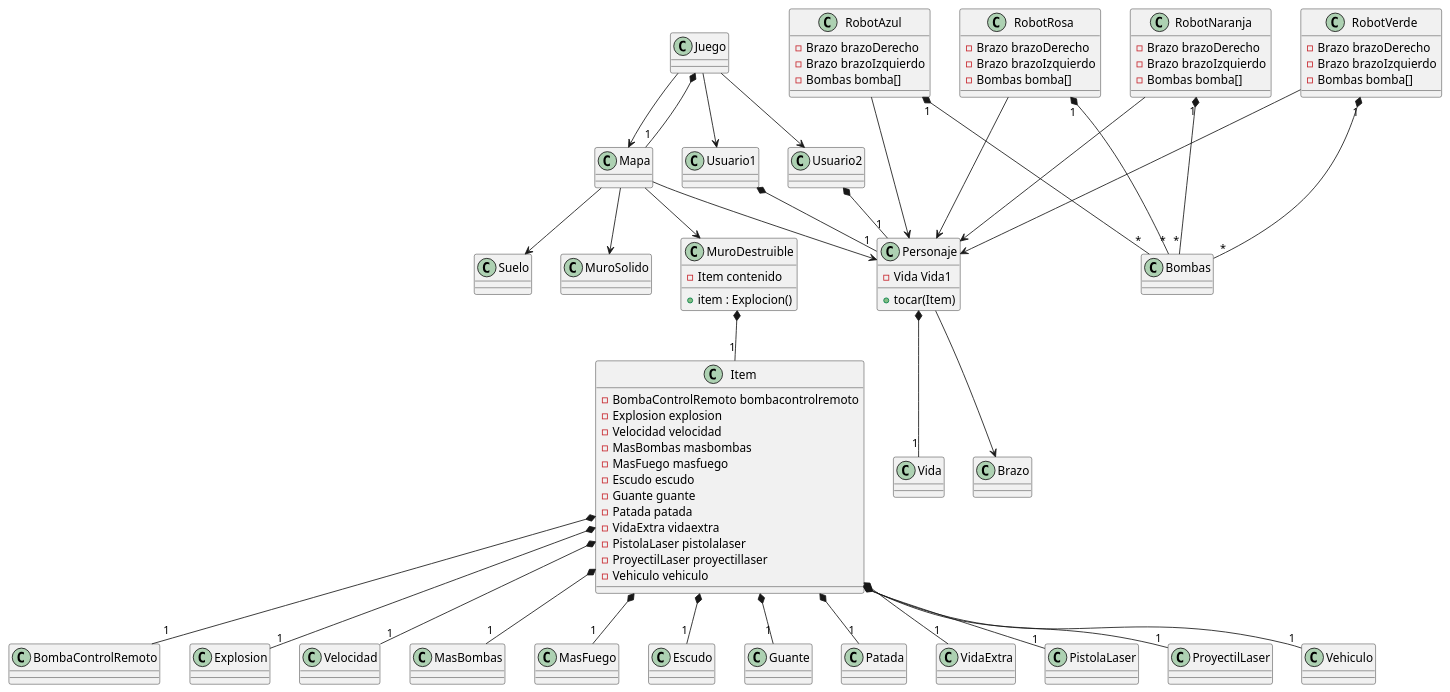
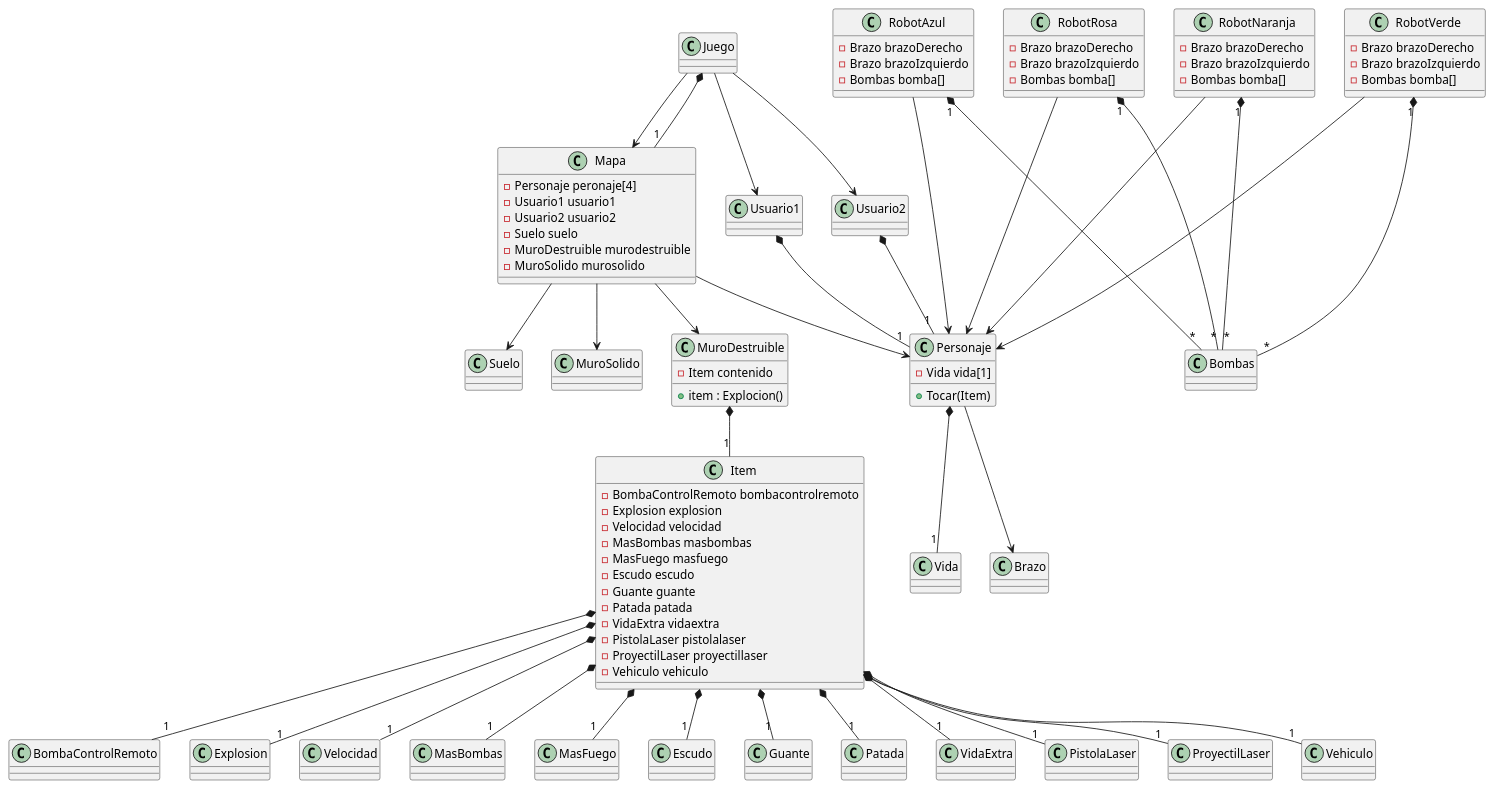
The diagram in Diagrma.puml (fernandoyaelsg/3E261), drawn with PlantUML before and after one commit.

Commit message:
Practica5.1

```diff
--- a/Diagrma.puml
+++ b/Diagrma.puml
@@ -1,124 +1,131 @@
 @startuml
 class Juego
 Class Brazo
 Class Usuario1
 class Usuario2
 class Mapa
 class RobotAzul
 class RobotRosa
 class RobotNaranja
 class RobotVerde
 class Bombas
 class BombaControlRemoto
 class Explosion
 class MuroSolido
 class MuroDestruible
 class Suelo
 class Velocidad
 class MasBombas
 class MasFuego
 class Escudo
 class Guante
 class Patada
 class VidaExtra
 class PistolaLaser
 class ProyectilLaser
 class Vehiculo
 Class Vida
 
 class RobotAzul{
     - Brazo brazoDerecho
     - Brazo brazoIzquierdo
 }
 class RobotRosa{
     - Brazo brazoDerecho
     - Brazo brazoIzquierdo
 }
 class RobotNaranja{
     - Brazo brazoDerecho
     - Brazo brazoIzquierdo
 }
 class RobotVerde{
     - Brazo brazoDerecho
     - Brazo brazoIzquierdo
 }
 class RobotAzul{
     - Bombas bomba[]    
 }
 class RobotRosa{
     - Bombas bomba[]    
 }
 class RobotNaranja{
     - Bombas bomba[]    
 }
 class RobotVerde{
     - Bombas bomba[]    
 }
 
 Juego-->Mapa
 Mapa-->Personaje
 Juego-->Usuario1
 Juego-->Usuario2
 Mapa-->MuroDestruible
 Mapa-->MuroSolido
 Mapa-->Suelo
 Personaje--> Brazo
 
 RobotAzul--->Personaje
 RobotRosa--->Personaje
 RobotNaranja--->Personaje
 RobotVerde--->Personaje
 
 RobotAzul "1" *--- "*" Bombas
 RobotRosa "1" *--- "*" Bombas
 RobotNaranja "1" *--- "*" Bombas
 RobotVerde "1" *--- "*" Bombas
 
 Usuario1 *-- "1" Personaje
 Usuario2 *-- "1" Personaje
 
 Item *-- "1" BombaControlRemoto
 Item *-- "1" Explosion
 Item *-- "1" Velocidad
 Item *-- "1" MasBombas
 Item *-- "1" MasFuego
 Item *-- "1" Escudo
 Item *-- "1" Guante
 Item *-- "1" Patada
 Item *-- "1" VidaExtra
 Item *-- "1" PistolaLaser
 Item *-- "1" ProyectilLaser
 Item *-- "1" Vehiculo
 
 Personaje *-- "1" Vida
 Juego *-- "1" Mapa
 MuroDestruible *-- "1" Item
 
 class Personaje
 {
-    -Vida Vida1
+    -Vida vida[1]
 }
 class Item{
 -BombaControlRemoto bombacontrolremoto
 -Explosion explosion
 -Velocidad velocidad
 -MasBombas masbombas
 -MasFuego masfuego
 -Escudo escudo
 -Guante guante
 -Patada patada
 -VidaExtra vidaextra
 -PistolaLaser pistolalaser
 -ProyectilLaser proyectillaser
 -Vehiculo vehiculo
 }
 
 class Personaje{
-    +tocar(Item)
+    +Tocar(Item)
 }
 class MuroDestruible{
     -Item contenido
     +item : Explocion()
-
+}
+class Mapa{
+    -Personaje peronaje[4] 
+    -Usuario1 usuario1
+    -Usuario2 usuario2
+    -Suelo suelo
+    -MuroDestruible murodestruible
+    -MuroSolido murosolido
 }
 @enduml
```
